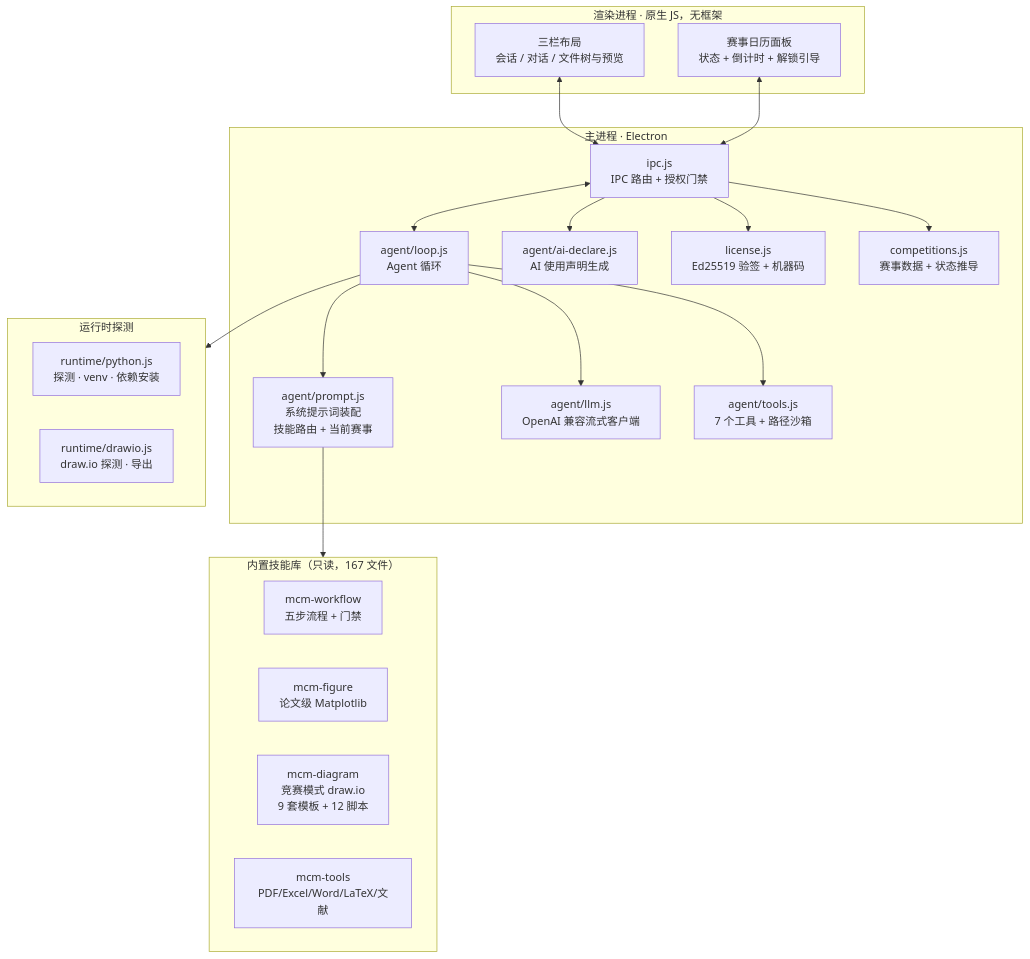
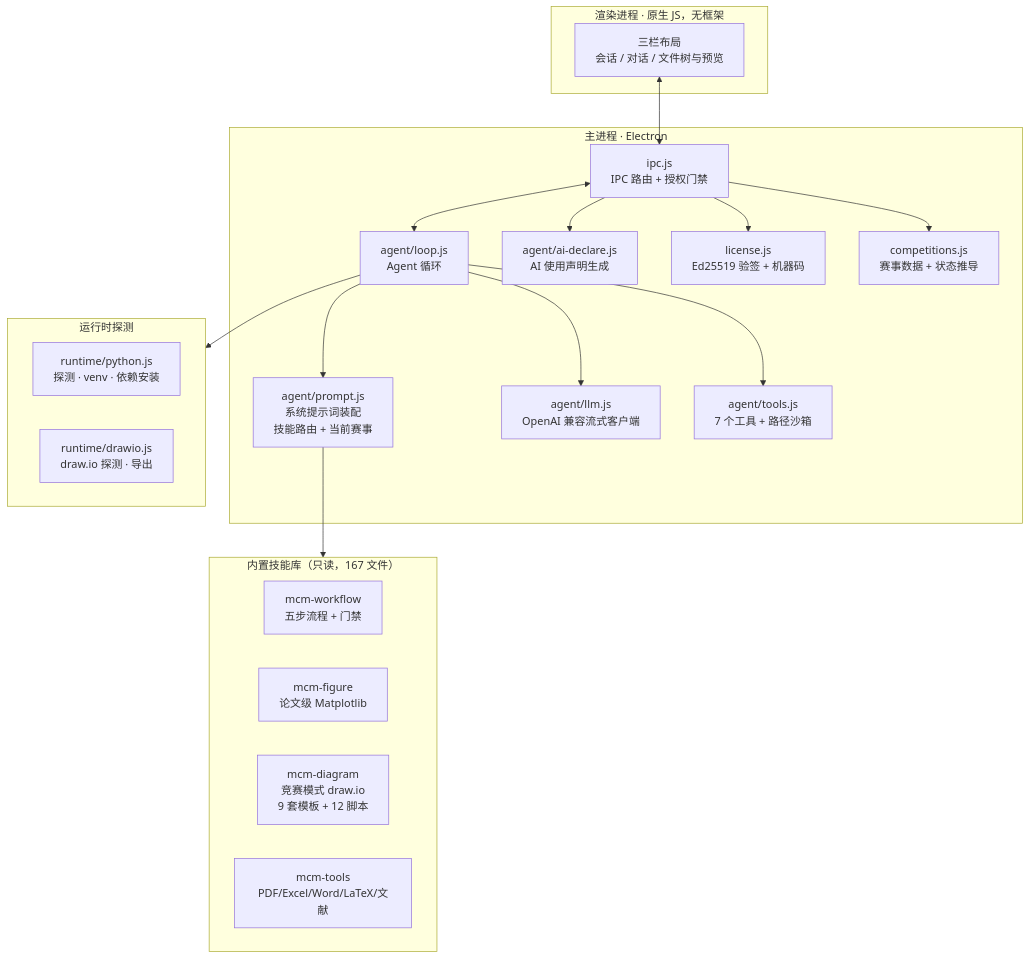
Before and after one commit to SpenBug/mcm-agent: the second of 2 diagrams in README.md, drawn with Mermaid. The commit also changed other lines of this file and 2 other files, not shown here.

````diff
--- a/README.md
+++ b/README.md
@@ -250,42 +244,40 @@
 ```mermaid
 flowchart TB
     subgraph R["渲染进程 · 原生 JS，无框架"]
         UI["三栏布局<br/>会话 / 对话 / 文件树与预览"]
-        CMP["赛事日历面板<br/>状态 + 倒计时 + 解锁引导"]
     end
 
     subgraph M["主进程 · Electron"]
         IPC["ipc.js<br/>IPC 路由 + 授权门禁"]
         LOOP["agent/loop.js<br/>Agent 循环"]
         PR["agent/prompt.js<br/>系统提示词装配<br/>技能路由 + 当前赛事"]
         LLM["agent/llm.js<br/>OpenAI 兼容流式客户端"]
         TB["agent/tools.js<br/>7 个工具 + 路径沙箱"]
         AI["agent/ai-declare.js<br/>AI 使用声明生成"]
         LIC["license.js<br/>Ed25519 验签 + 机器码"]
         CP["competitions.js<br/>赛事数据 + 状态推导"]
     end
 
     subgraph RT["运行时探测"]
         PY["runtime/python.js<br/>探测 · venv · 依赖安装"]
         DR["runtime/drawio.js<br/>draw.io 探测 · 导出"]
     end
 
     subgraph SK["内置技能库（只读，167 文件）"]
         S1["mcm-workflow<br/>五步流程 + 门禁"]
         S2["mcm-figure<br/>论文级 Matplotlib"]
         S3["mcm-diagram<br/>竞赛模式 draw.io<br/>9 套模板 + 12 脚本"]
         S4["mcm-tools<br/>PDF/Excel/Word/LaTeX/文献"]
     end
 
     UI <--> IPC
-    CMP <--> IPC
     IPC <--> LOOP
     LOOP --> PR
     LOOP --> LLM
     LOOP --> TB
     PR --> SK
     IPC --> LIC
     IPC --> CP
     IPC --> AI
     LOOP --> RT
 ```
````
